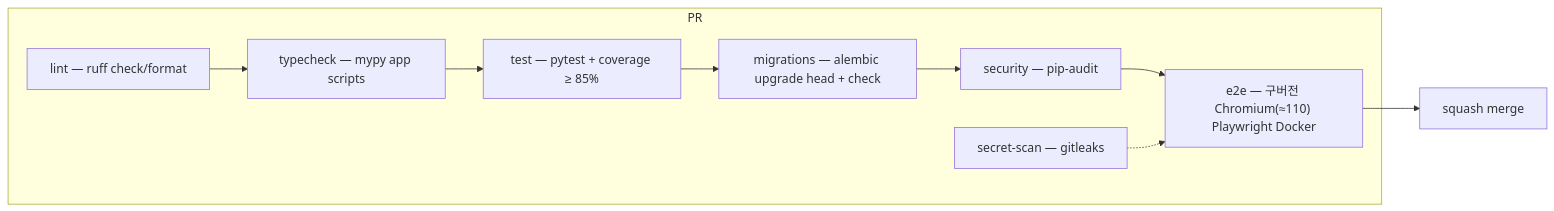
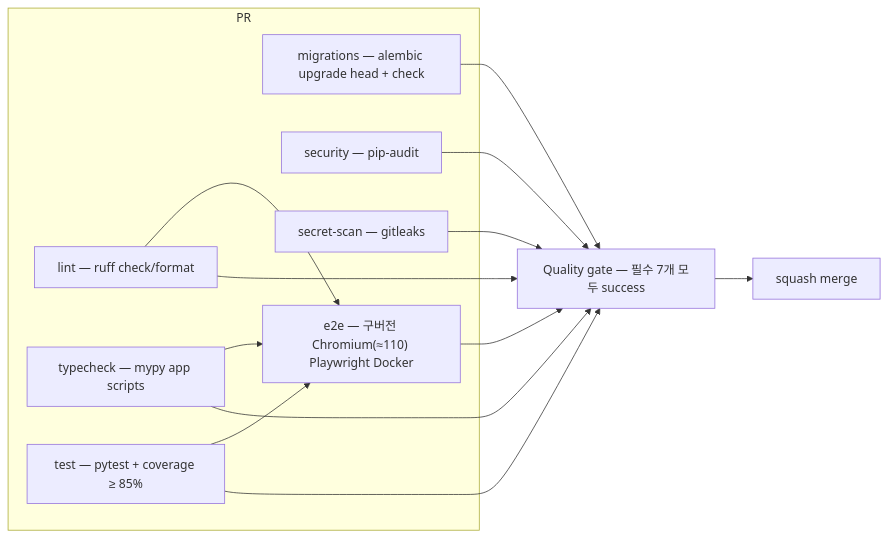
One commit to jihoon22-lee/PointBook changed the ninth of 9 diagrams in docs/architecture.md. Above: the diagram before and after it, drawn with Mermaid. The commit also changed other lines of this file and 7 other files, not shown here.

````diff
--- a/docs/architecture.md
+++ b/docs/architecture.md
@@ -278,15 +278,23 @@
 ```mermaid
 flowchart LR
     subgraph PR
         L["lint — ruff check/format"]
         T["typecheck — mypy app scripts"]
         TS["test — pytest + coverage ≥ 85%"]
         M["migrations — alembic upgrade head + check"]
         SEC["security — pip-audit"]
         SS["secret-scan — gitleaks"]
         E["e2e — 구버전 Chromium(≈110) Playwright Docker"]
     end
-    L --> T --> TS --> M --> SEC --> E
-    SS -.-> E
-    E --> R["squash merge"]
+    L --> E
+    T --> E
+    TS --> E
+    L --> Q["Quality gate — 필수 7개 모두 success"]
+    T --> Q
+    TS --> Q
+    M --> Q
+    SEC --> Q
+    SS --> Q
+    E --> Q
+    Q --> R["squash merge"]
 ```
````
